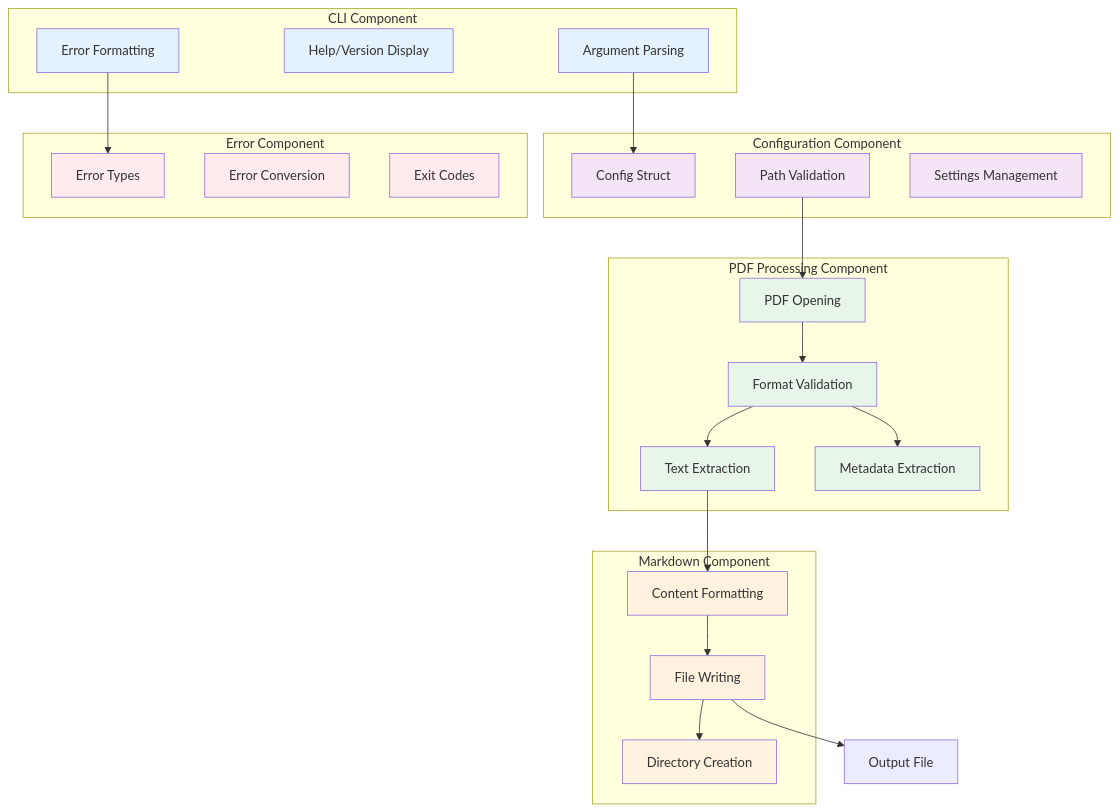
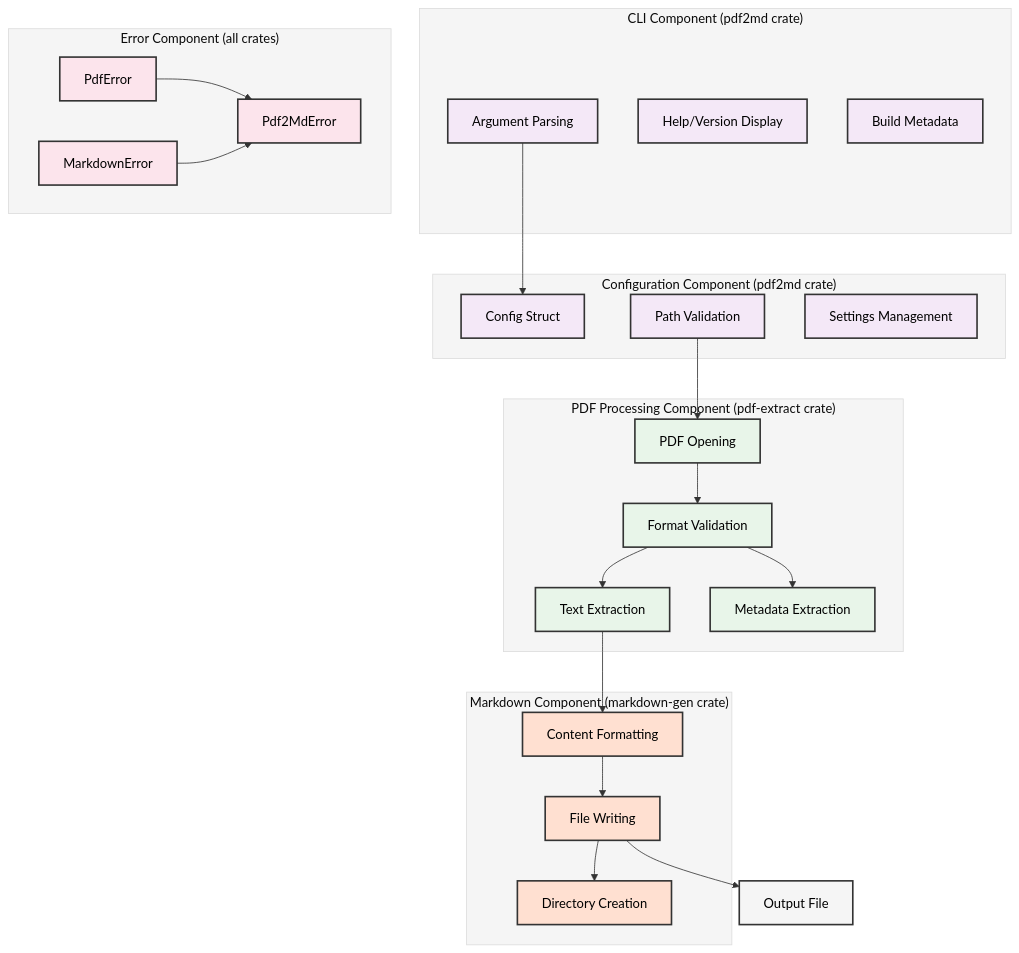
One commit to softwarewrighter/pdf2md changed the third of 8 diagrams in wiki/Architecture-Diagrams.md. Above: the diagram before and after it, drawn with Mermaid. The commit also changed other lines of this file and 12 other files, not shown here.

First line of the commit message:
docs: update wiki and docs for workspace architecture

````diff
--- a/wiki/Architecture-Diagrams.md
+++ b/wiki/Architecture-Diagrams.md
@@ -98,62 +108,65 @@
 ```mermaid
+%%{init: {'theme':'base', 'themeVariables': {'primaryColor':'#f5f5f5','primaryTextColor':'#000','primaryBorderColor':'#333','lineColor':'#333','secondaryColor':'#f5f5f5','tertiaryColor':'#f5f5f5'}}}%%
 graph TB
-    subgraph "CLI Component"
+    subgraph "CLI Component (pdf2md crate)"
         A1[Argument Parsing]
         A2[Help/Version Display]
-        A3[Error Formatting]
+        A3[Build Metadata]
     end
 
-    subgraph "Configuration Component"
+    subgraph "Configuration Component (pdf2md crate)"
         B1[Config Struct]
         B2[Path Validation]
         B3[Settings Management]
     end
 
-    subgraph "PDF Processing Component"
+    subgraph "PDF Processing Component (pdf-extract crate)"
         C1[PDF Opening]
         C2[Format Validation]
         C3[Text Extraction]
         C4[Metadata Extraction]
     end
 
-    subgraph "Markdown Component"
+    subgraph "Markdown Component (markdown-gen crate)"
         D1[Content Formatting]
         D2[File Writing]
         D3[Directory Creation]
     end
 
-    subgraph "Error Component"
-        E1[Error Types]
-        E2[Error Conversion]
-        E3[Exit Codes]
+    subgraph "Error Component (all crates)"
+        E1[PdfError]
+        E2[MarkdownError]
+        E3[Pdf2MdError]
     end
 
     A1 --> B1
     B2 --> C1
     C3 --> D1
     D2 --> K[Output File]
-    A3 --> E1
 
     C1 --> C2
     C2 --> C3
     C2 --> C4
     D1 --> D2
     D2 --> D3
+    E1 --> E3
+    E2 --> E3
 
-    style A1 fill:#e3f2fd
-    style A2 fill:#e3f2fd
-    style A3 fill:#e3f2fd
-    style B1 fill:#f3e5f5
-    style B2 fill:#f3e5f5
-    style B3 fill:#f3e5f5
-    style C1 fill:#e8f5e9
-    style C2 fill:#e8f5e9
-    style C3 fill:#e8f5e9
-    style C4 fill:#e8f5e9
-    style D1 fill:#fff3e0
-    style D2 fill:#fff3e0
-    style D3 fill:#fff3e0
-    style E1 fill:#ffebee
-    style E2 fill:#ffebee
-    style E3 fill:#ffebee
+    style A1 fill:#f4e8f7,stroke:#333,stroke-width:2px,color:#000
+    style A2 fill:#f4e8f7,stroke:#333,stroke-width:2px,color:#000
+    style A3 fill:#f4e8f7,stroke:#333,stroke-width:2px,color:#000
+    style B1 fill:#f4e8f7,stroke:#333,stroke-width:2px,color:#000
+    style B2 fill:#f4e8f7,stroke:#333,stroke-width:2px,color:#000
+    style B3 fill:#f4e8f7,stroke:#333,stroke-width:2px,color:#000
+    style C1 fill:#e8f5e9,stroke:#333,stroke-width:2px,color:#000
+    style C2 fill:#e8f5e9,stroke:#333,stroke-width:2px,color:#000
+    style C3 fill:#e8f5e9,stroke:#333,stroke-width:2px,color:#000
+    style C4 fill:#e8f5e9,stroke:#333,stroke-width:2px,color:#000
+    style D1 fill:#ffe0d1,stroke:#333,stroke-width:2px,color:#000
+    style D2 fill:#ffe0d1,stroke:#333,stroke-width:2px,color:#000
+    style D3 fill:#ffe0d1,stroke:#333,stroke-width:2px,color:#000
+    style E1 fill:#fce4ec,stroke:#333,stroke-width:2px,color:#000
+    style E2 fill:#fce4ec,stroke:#333,stroke-width:2px,color:#000
+    style E3 fill:#fce4ec,stroke:#333,stroke-width:2px,color:#000
+    style K fill:#f5f5f5,stroke:#333,stroke-width:2px,color:#000
 ```
````
